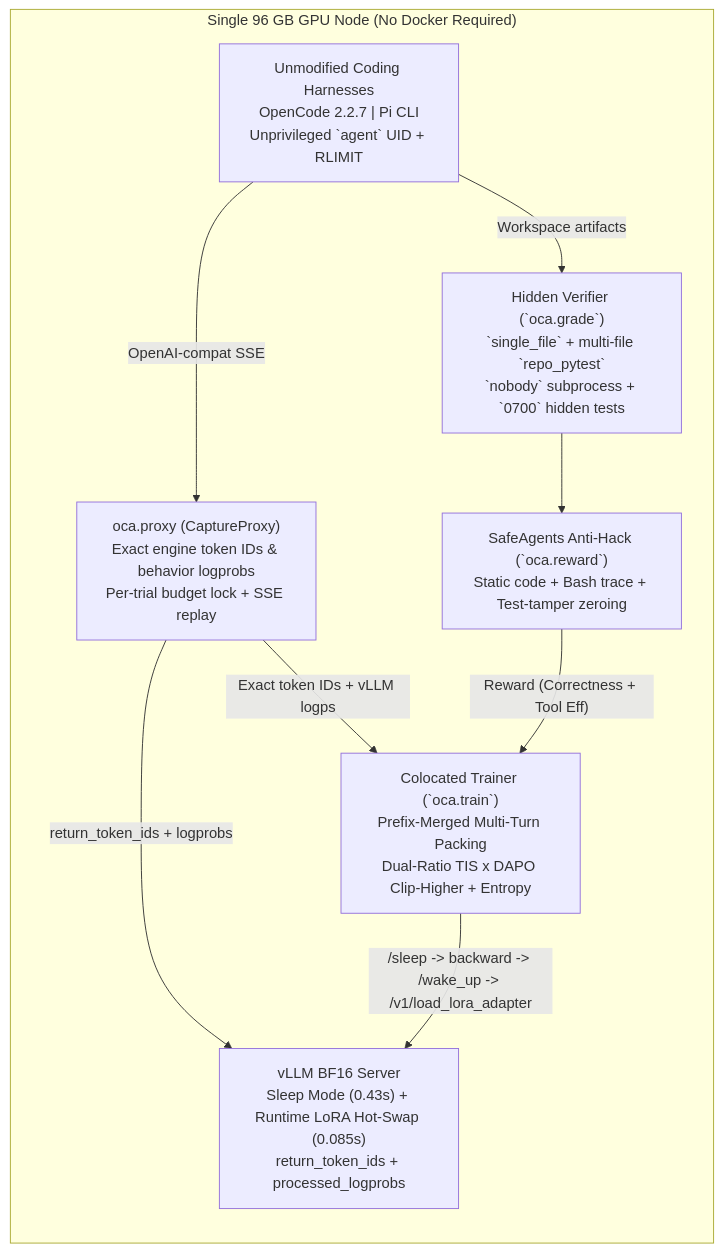
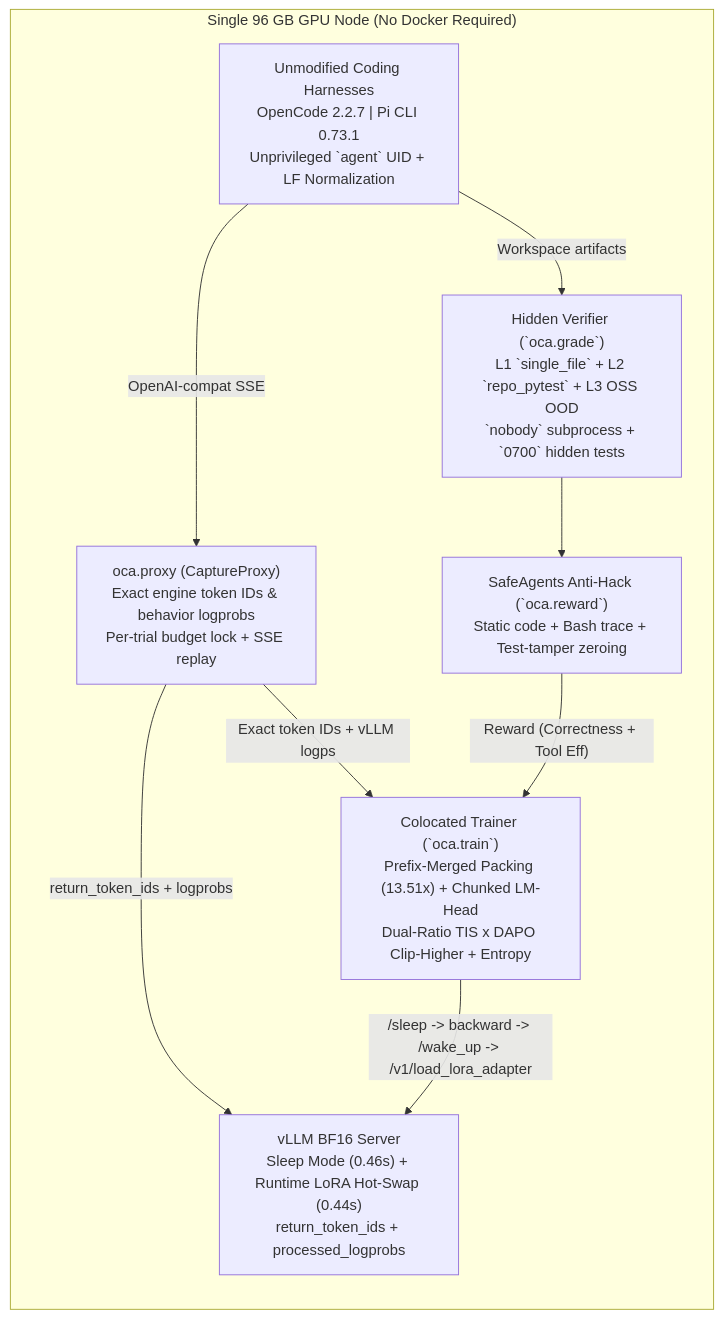
Before and after one commit to XDE10/opencode-harness-adapter: the diagram in README.md, drawn with Mermaid. The commit also changed other lines of this file and 7 other files, not shown here.

````diff
--- a/README.md
+++ b/README.md
@@ -11,19 +11,19 @@
 ```mermaid
 flowchart LR
   subgraph VM["Single 96 GB GPU Node (No Docker Required)"]
-    V["vLLM BF16 Server<br/>Sleep Mode (0.43s) + Runtime LoRA Hot-Swap (0.085s)<br/>return_token_ids + processed_logprobs"]
+    V["vLLM BF16 Server<br/>Sleep Mode (0.46s) + Runtime LoRA Hot-Swap (0.44s)<br/>return_token_ids + processed_logprobs"]
     P["oca.proxy (CaptureProxy)<br/>Exact engine token IDs & behavior logprobs<br/>Per-trial budget lock + SSE replay"]
-    H["Unmodified Coding Harnesses<br/>OpenCode 2.2.7 | Pi CLI<br/>Unprivileged `agent` UID + RLIMIT"]
-    G["Hidden Verifier (`oca.grade`)<br/>`single_file` + multi-file `repo_pytest`<br/>`nobody` subprocess + `0700` hidden tests"]
+    H["Unmodified Coding Harnesses<br/>OpenCode 2.2.7 | Pi CLI 0.73.1<br/>Unprivileged `agent` UID + LF Normalization"]
+    G["Hidden Verifier (`oca.grade`)<br/>L1 `single_file` + L2 `repo_pytest` + L3 OSS OOD<br/>`nobody` subprocess + `0700` hidden tests"]
     A["SafeAgents Anti-Hack (`oca.reward`)<br/>Static code + Bash trace + Test-tamper zeroing"]
-    T["Colocated Trainer (`oca.train`)<br/>Prefix-Merged Multi-Turn Packing<br/>Dual-Ratio TIS x DAPO Clip-Higher + Entropy"]
+    T["Colocated Trainer (`oca.train`)<br/>Prefix-Merged Packing (13.51x) + Chunked LM-Head<br/>Dual-Ratio TIS x DAPO Clip-Higher + Entropy"]
   end
 
   H -- "OpenAI-compat SSE" --> P
   P -- "return_token_ids + logprobs" --> V
   H -- "Workspace artifacts" --> G
   G --> A
   P -- "Exact token IDs + vLLM logps" --> T
   A -- "Reward (Correctness + Tool Eff)" --> T
   T -- "/sleep -> backward -> /wake_up -> /v1/load_lora_adapter" --> V
 ```
````
